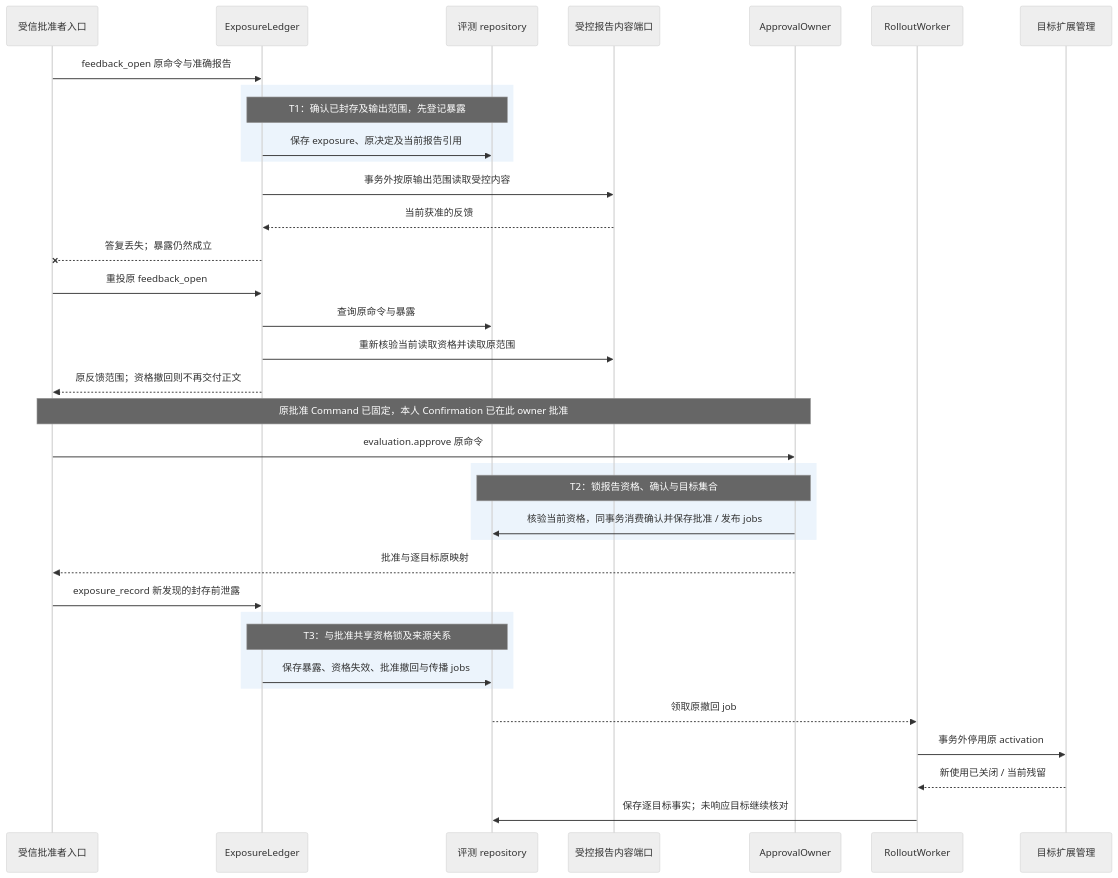
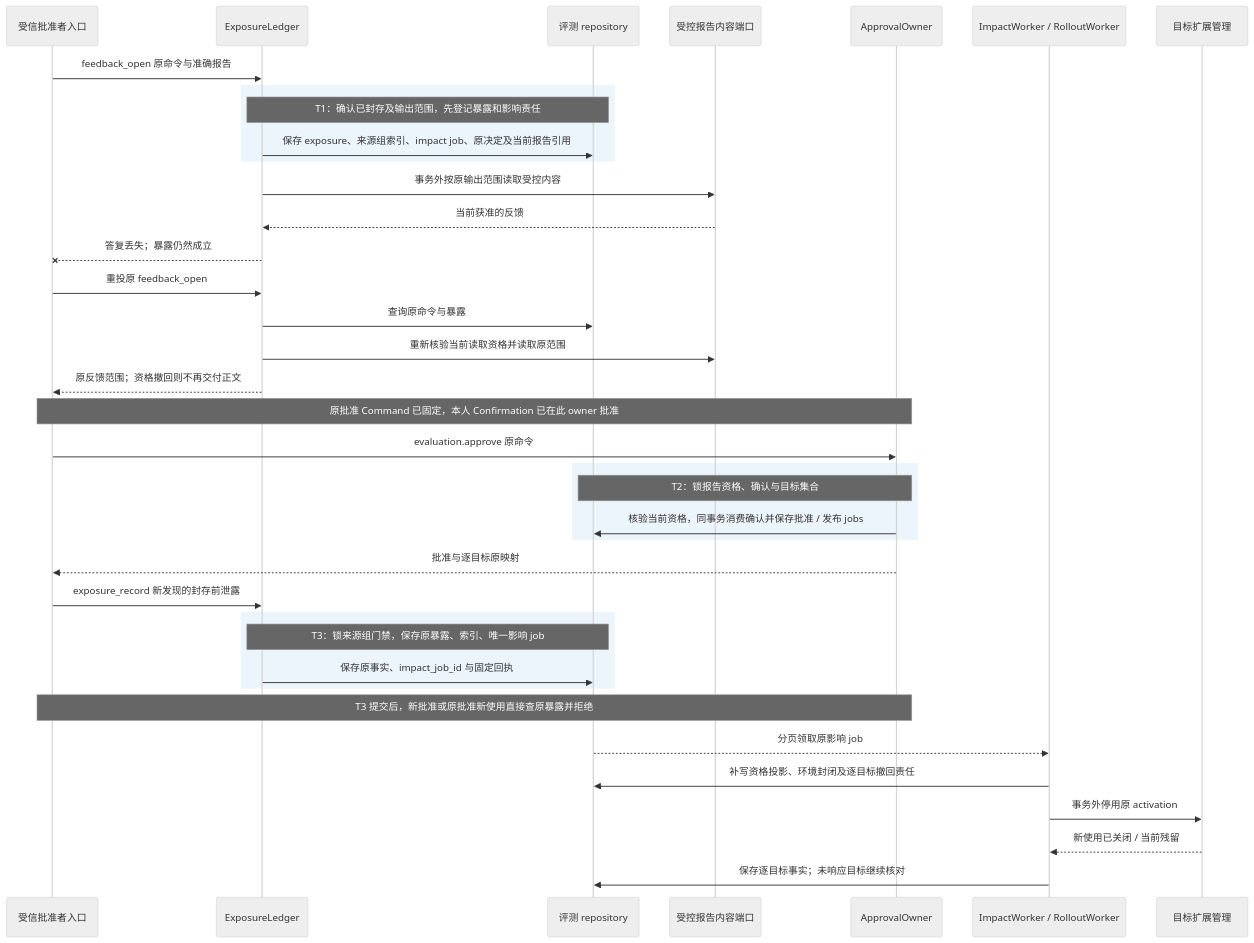
One commit to ruipengliu/lerna changed the third of 3 diagrams in docs/architecture/evaluation/implementation.md. Above: the diagram before and after it, drawn with Mermaid (neutral theme). The commit also changed other lines of this file and 62 other files, not shown here.

Commit message:
docs: complete architecture review follow-up

````diff
--- a/docs/architecture/evaluation/implementation.md
+++ b/docs/architecture/evaluation/implementation.md
@@ -273,38 +286,40 @@
 ```mermaid
 sequenceDiagram
     participant U as 受信批准者入口
     participant E as ExposureLedger
     participant S as 评测 repository
     participant C as 受控报告内容端口
     participant A as ApprovalOwner
-    participant W as RolloutWorker
+    participant W as ImpactWorker / RolloutWorker
     participant H as 目标扩展管理
     U->>E: feedback_open 原命令与准确报告
     rect rgb(236, 244, 252)
-      Note over E,S: T1：确认已封存及输出范围，先登记暴露
-      E->>S: 保存 exposure、原决定及当前报告引用
+      Note over E,S: T1：确认已封存及输出范围，先登记暴露和影响责任
+      E->>S: 保存 exposure、来源组索引、impact job、原决定及当前报告引用
     end
     E->>C: 事务外按原输出范围读取受控内容
     C-->>E: 当前获准的反馈
     E--xU: 答复丢失；暴露仍然成立
     U->>E: 重投原 feedback_open
     E->>S: 查询原命令与暴露
     E->>C: 重新核验当前读取资格并读取原范围
     E-->>U: 原反馈范围；资格撤回则不再交付正文
     Note over U,A: 原批准 Command 已固定，本人 Confirmation 已在此 owner 批准
     U->>A: evaluation.approve 原命令
     rect rgb(236, 244, 252)
       Note over A,S: T2：锁报告资格、确认与目标集合
       A->>S: 核验当前资格，同事务消费确认并保存批准 / 发布 jobs
     end
     A-->>U: 批准与逐目标原映射
     U->>E: exposure_record 新发现的封存前泄露
     rect rgb(236, 244, 252)
-      Note over E,S: T3：与批准共享资格锁及来源关系
-      E->>S: 保存暴露、资格失效、批准撤回与传播 jobs
+      Note over E,S: T3：锁来源组门禁，保存原暴露、索引、唯一影响 job
+      E->>S: 保存原事实、impact_job_id 与固定回执
     end
-    S-->>W: 领取原撤回 job
+    Note over U,A: T3 提交后，新批准或原批准新使用直接查原暴露并拒绝
+    S-->>W: 分页领取原影响 job
+    W->>S: 补写资格投影、环境封闭及逐目标撤回责任
     W->>H: 事务外停用原 activation
     H-->>W: 新使用已关闭 / 当前残留
     W->>S: 保存逐目标事实；未响应目标继续核对
 ```
````
